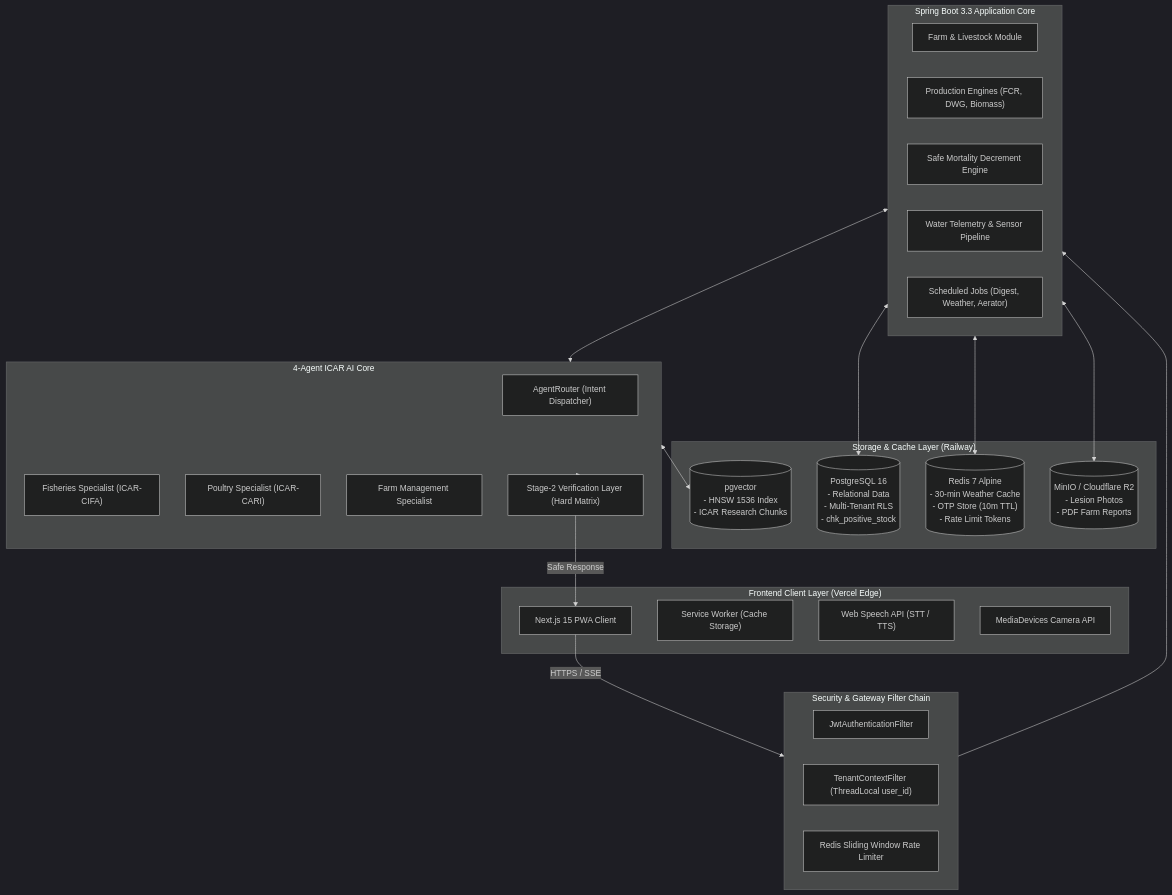
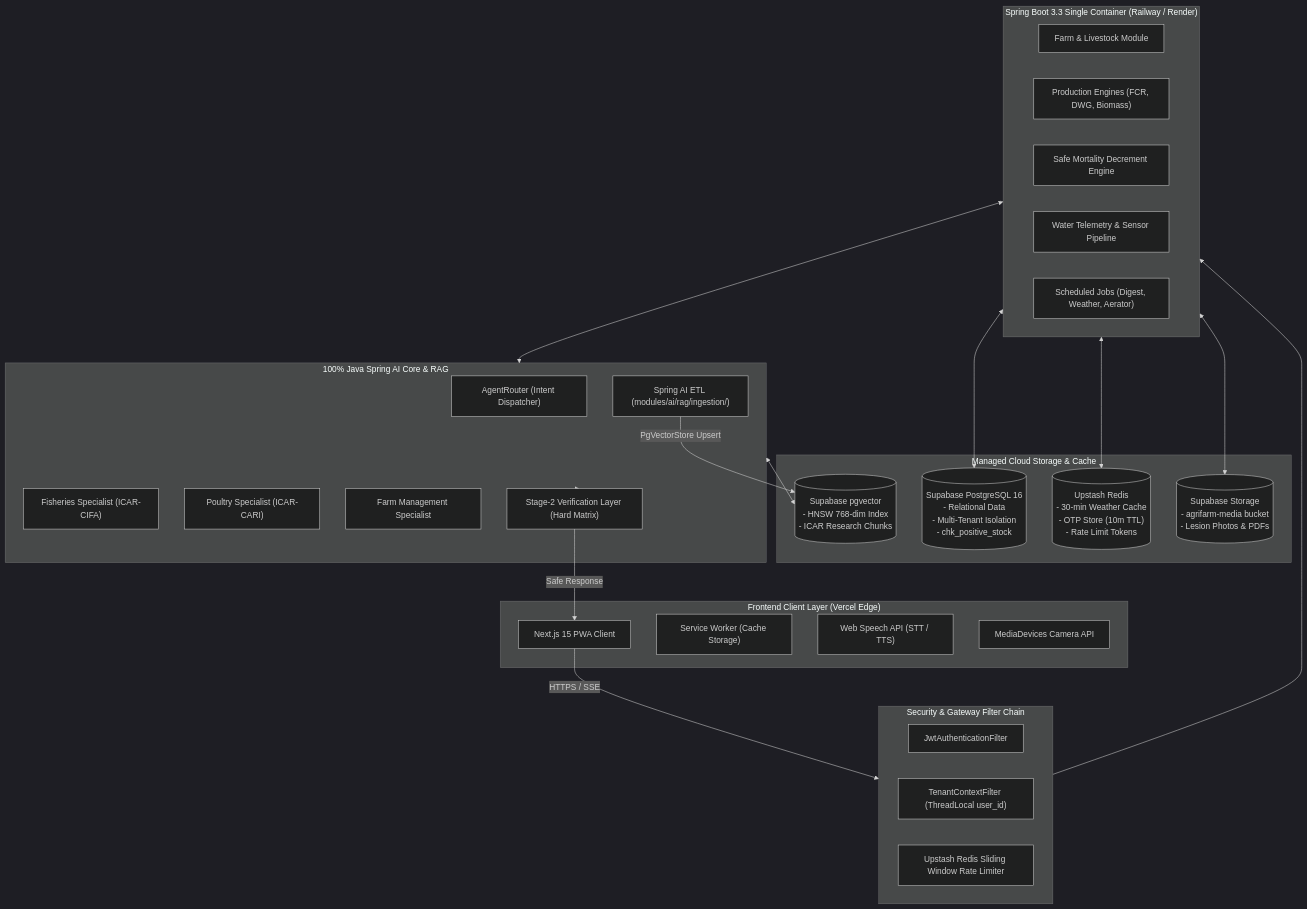
One commit to Mohitkumar7295/Agri-Farm-Assistant changed the first of 4 diagrams in docs/SYSTEM_ARCHITECTURE.md. Above: the diagram before and after it, drawn with Mermaid (dark theme). The commit also changed other lines of this file and 7 other files, not shown here.

Commit message:
docs: align architecture on Supabase + 100% Java Spring AI RAG, add AGENTS.md and ROADMAP.md

````diff
--- a/docs/SYSTEM_ARCHITECTURE.md
+++ b/docs/SYSTEM_ARCHITECTURE.md
@@ -22,48 +23,50 @@
 ```mermaid
 flowchart TB
     subgraph ClientLayer["Frontend Client Layer (Vercel Edge)"]
         PWA["Next.js 15 PWA Client"]
         SW["Service Worker (Cache Storage)"]
         WebSpeech["Web Speech API (STT / TTS)"]
         CamAPI["MediaDevices Camera API"]
     end
 
     subgraph GatewayLayer["Security & Gateway Filter Chain"]
         JWTFilter["JwtAuthenticationFilter"]
         TenantFilter["TenantContextFilter (ThreadLocal user_id)"]
-        RateLimiter["Redis Sliding Window Rate Limiter"]
+        RateLimiter["Upstash Redis Sliding Window Rate Limiter"]
     end
 
-    subgraph ServiceLayer["Spring Boot 3.3 Application Core"]
+    subgraph ServiceLayer["Spring Boot 3.3 Single Container (Railway / Render)"]
         FarmMod["Farm & Livestock Module"]
         ProdEng["Production Engines (FCR, DWG, Biomass)"]
         SafeMort["Safe Mortality Decrement Engine"]
         TeleEng["Water Telemetry & Sensor Pipeline"]
         SchedEng["Scheduled Jobs (Digest, Weather, Aerator)"]
     end
 
-    subgraph AICore["4-Agent ICAR AI Core"]
+    subgraph AICore["100% Java Spring AI Core & RAG"]
         AgentRouter["AgentRouter (Intent Dispatcher)"]
         FishSpec["Fisheries Specialist (ICAR-CIFA)"]
         PoultSpec["Poultry Specialist (ICAR-CARI)"]
         FarmSpec["Farm Management Specialist"]
+        JavaETL["Spring AI ETL (modules/ai/rag/ingestion/)"]
         Stage2["Stage-2 Verification Layer (Hard Matrix)"]
     end
 
-    subgraph DataLayer["Storage & Cache Layer (Railway)"]
-        PG[("PostgreSQL 16\n- Relational Data\n- Multi-Tenant RLS\n- chk_positive_stock")]
-        PGV[("pgvector\n- HNSW 1536 Index\n- ICAR Research Chunks")]
-        RedisCache[("Redis 7 Alpine\n- 30-min Weather Cache\n- OTP Store (10m TTL)\n- Rate Limit Tokens")]
-        BlobStore[("MinIO / Cloudflare R2\n- Lesion Photos\n- PDF Farm Reports")]
+    subgraph DataLayer["Managed Cloud Storage & Cache"]
+        PG[("Supabase PostgreSQL 16\n- Relational Data\n- Multi-Tenant Isolation\n- chk_positive_stock")]
+        PGV[("Supabase pgvector\n- HNSW 768-dim Index\n- ICAR Research Chunks")]
+        RedisCache[("Upstash Redis\n- 30-min Weather Cache\n- OTP Store (10m TTL)\n- Rate Limit Tokens")]
+        BlobStore[("Supabase Storage\n- agrifarm-media bucket\n- Lesion Photos & PDFs")]
     end
 
     PWA -->|HTTPS / SSE| GatewayLayer
     GatewayLayer --> ServiceLayer
     ServiceLayer <--> AICore
     ServiceLayer <--> PG
     ServiceLayer <--> RedisCache
     ServiceLayer <--> BlobStore
+    JavaETL -->|PgVectorStore Upsert| PGV
     AICore <--> PGV
     AICore --> Stage2
     Stage2 -->|Safe Response| PWA
 ```
````
